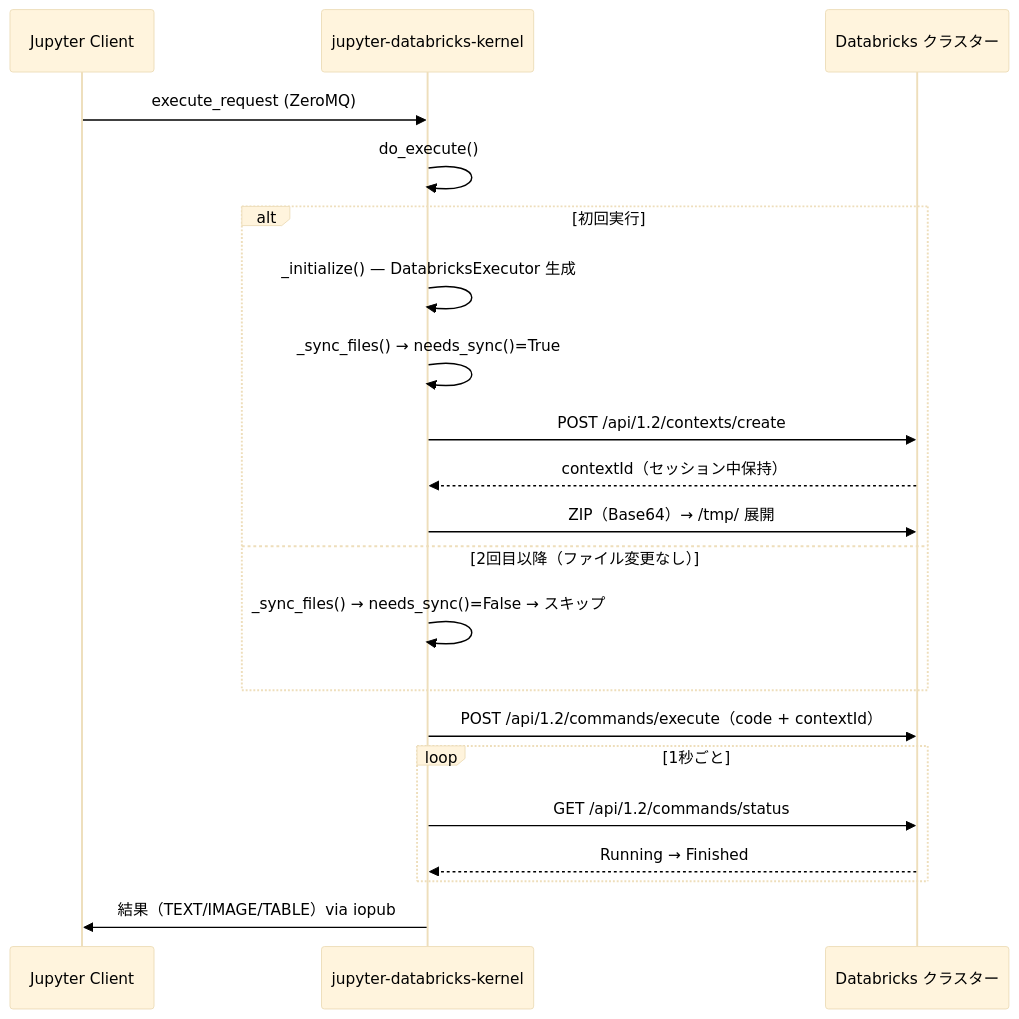
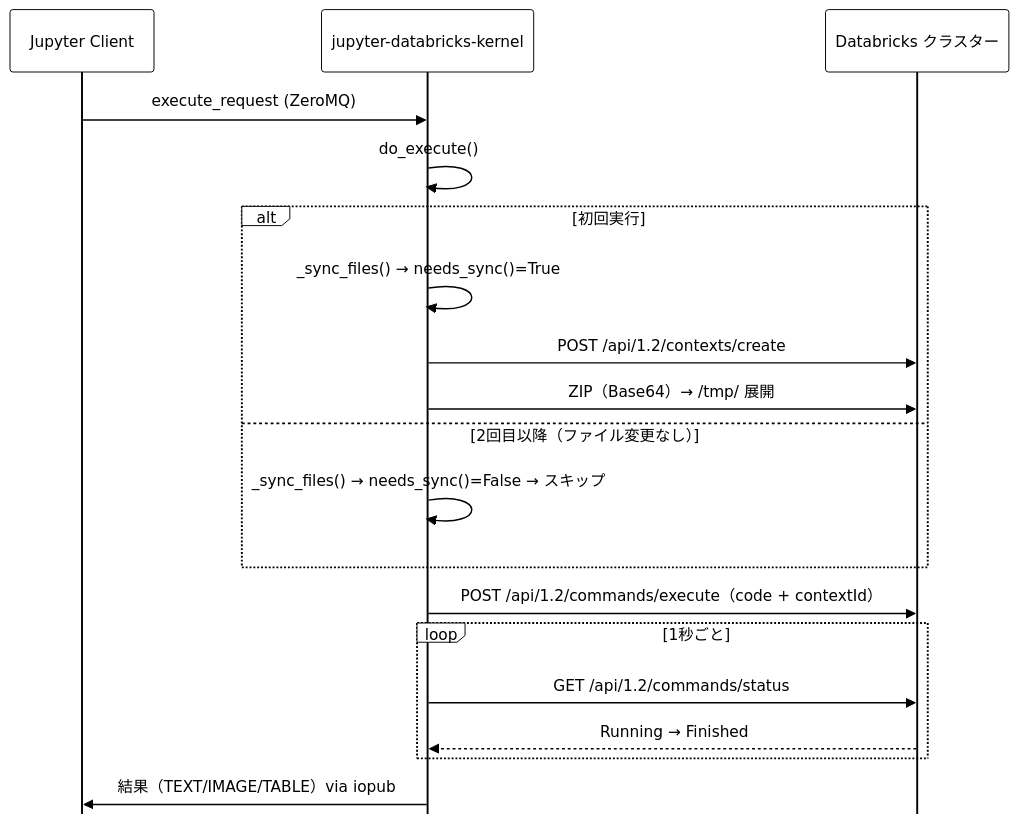
Before and after one commit to i9wa4/i9wa4.github.io: the second of 2 diagrams in slides/2026-03-06-kenro-py.qmd, drawn with Mermaid. The commit also changed other lines of this file, not shown here.

````diff
--- a/slides/2026-03-06-kenro-py.qmd
+++ b/slides/2026-03-06-kenro-py.qmd
@@ -135,24 +146,22 @@
 ```{mermaid}
-%%{init: {'theme': 'base', 'themeVariables': {'textColor': '#000000', 'noteBkgColor': '#ffffff', 'noteTextColor': '#000000', 'actorTextColor': '#000000'}}}%%
+%%{init: {'theme': 'base', 'themeVariables': {'textColor': '#000000', 'actorTextColor': '#000000', 'actorBkg': '#ffffff', 'actorBorder': '#000000', 'labelTextColor': '#000000', 'loopTextColor': '#000000', 'noteTextColor': '#000000', 'noteBkgColor': '#ffffff', 'signalColor': '#000000', 'signalTextColor': '#000000', 'activationBkgColor': '#eeeeee', 'activationBorderColor': '#000000'}, 'sequence': {'mirrorActors': false}}}%%
 sequenceDiagram
     participant JC as Jupyter Client
     participant K  as jupyter-databricks-kernel
     participant DC as Databricks クラスター
     JC->>K: execute_request (ZeroMQ)
     K->>K: do_execute()
     alt 初回実行
-        K->>K: _initialize() — DatabricksExecutor 生成
         K->>K: _sync_files() → needs_sync()=True
         K->>DC: POST /api/1.2/contexts/create
-        DC-->>K: contextId（セッション中保持）
         K->>DC: ZIP（Base64）→ /tmp/ 展開
     else 2回目以降（ファイル変更なし）
         K->>K: _sync_files() → needs_sync()=False → スキップ
     end
     K->>DC: POST /api/1.2/commands/execute（code + contextId）
     loop 1秒ごと
         K->>DC: GET /api/1.2/commands/status
         DC-->>K: Running → Finished
     end
     K->>JC: 結果（TEXT/IMAGE/TABLE）via iopub
 ```
````
